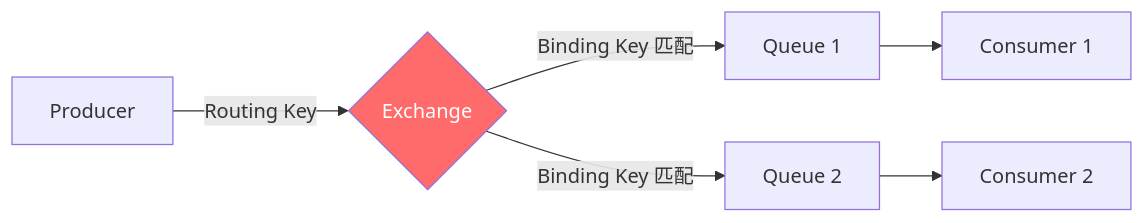
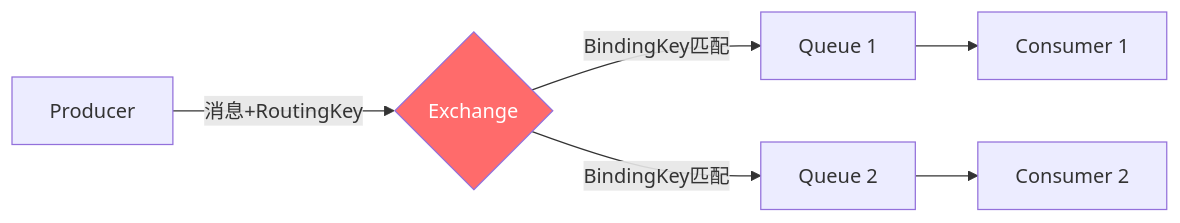
Before and after one commit to qigao0787-ops/gq-test: diagram 22 of 31 in document/strengthen/分布式技术面试总结_增强版.md, drawn with Mermaid. The commit also changed other lines of this file, not shown here.

````diff
--- a/document/strengthen/分布式技术面试总结_增强版.md
+++ b/document/strengthen/分布式技术面试总结_增强版.md
@@ -1750,10 +1946,10 @@
 ```mermaid
 flowchart LR
-    P[Producer] -->|Routing Key| EX{Exchange}
-    EX -->|Binding Key 匹配| Q1[Queue 1]
-    EX -->|Binding Key 匹配| Q2[Queue 2]
+    P[Producer] -->|"消息+RoutingKey"| EX{Exchange}
+    EX -->|"BindingKey匹配"| Q1[Queue 1]
+    EX -->|"BindingKey匹配"| Q2[Queue 2]
     Q1 --> C1[Consumer 1]
     Q2 --> C2[Consumer 2]
 
     style EX fill:#ff6b6b,color:#fff
 ```
````
